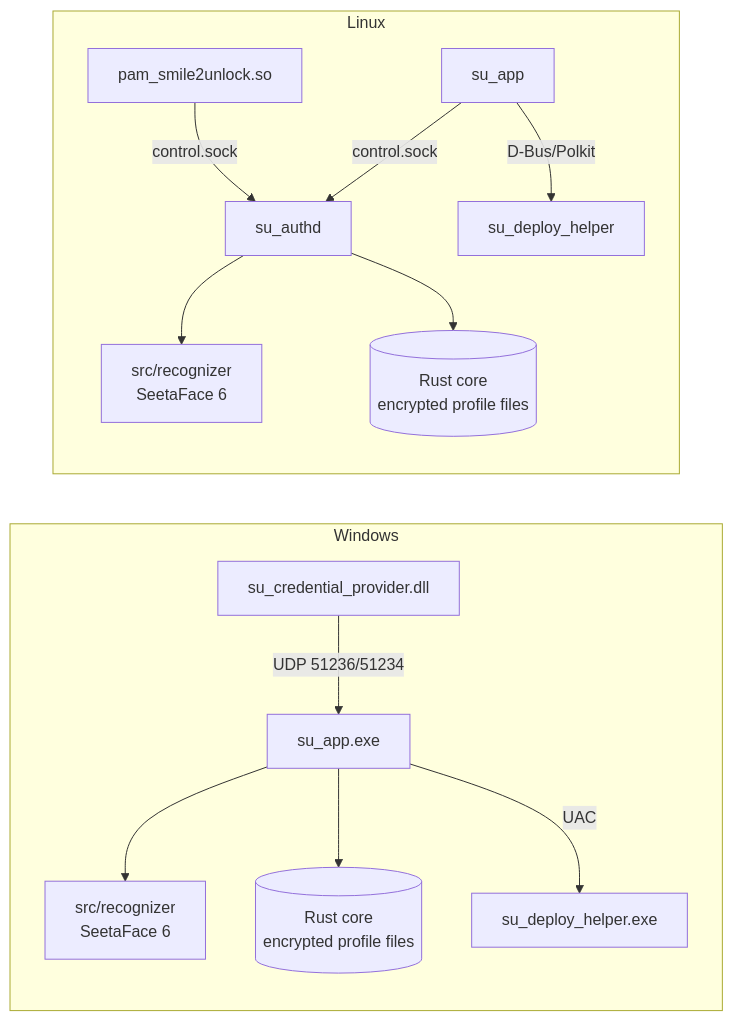
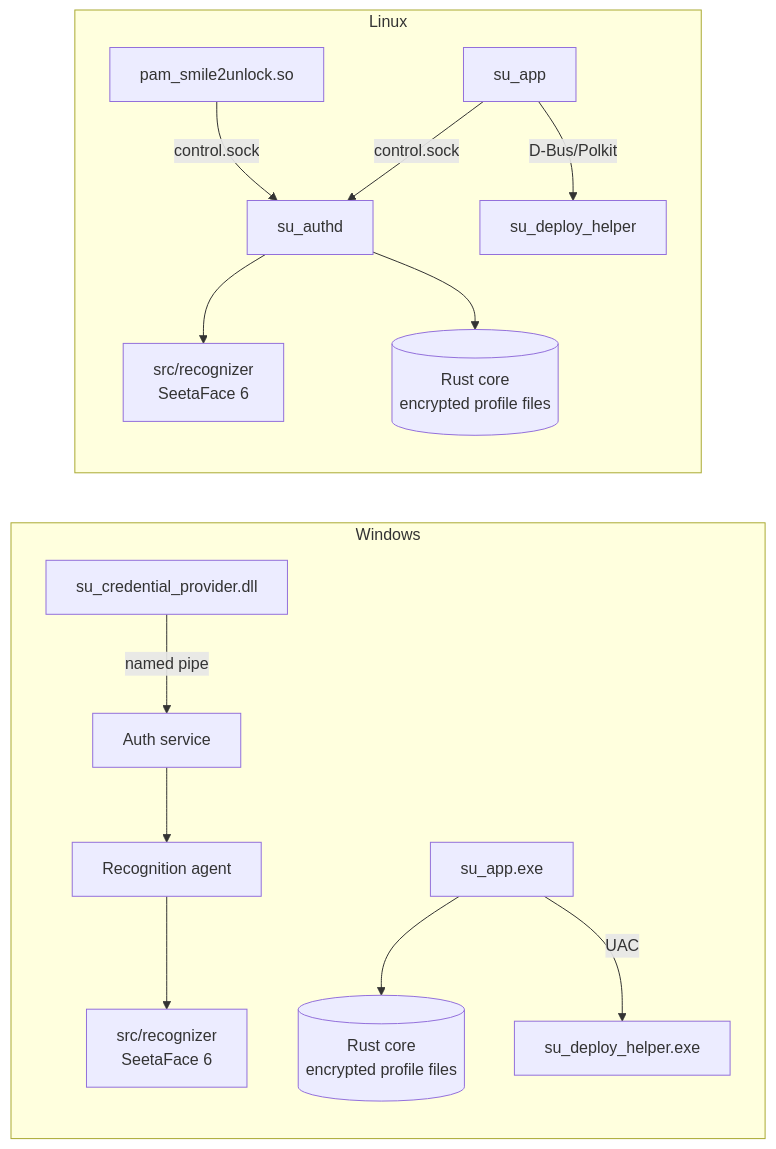
Before and after one commit to Smile2Unlock/Smile2Unlock_v2: the diagram in README.md, drawn with Mermaid. The commit also changed other lines of this file and 71 other files, not shown here.

````diff
--- a/README.md
+++ b/README.md
@@ -96,16 +106,17 @@
 ```mermaid
 flowchart LR
     subgraph Windows
-        CP[su_credential_provider.dll] -- UDP 51236/51234 --> APP[su_app.exe]
-        APP --> REC[src/recognizer<br/>SeetaFace 6]
-        APP --> CORE[(Rust core<br/>encrypted profile files)]
-        APP -- UAC --> HELPER[su_deploy_helper.exe]
+        CP[su_credential_provider.dll] -- named pipe --> SERVICE[Auth service]
+        SERVICE --> AGENT[Recognition agent]
+        AGENT --> REC[src/recognizer<br/>SeetaFace 6]
+        GUIW[su_app.exe] --> CORE[(Rust core<br/>encrypted profile files)]
+        GUIW -- UAC --> HELPER[su_deploy_helper.exe]
     end
     subgraph Linux
         PAM[pam_smile2unlock.so] -- control.sock --> AUTHD[su_authd]
         AUTHD --> REC2[src/recognizer<br/>SeetaFace 6]
         AUTHD --> CORE2[(Rust core<br/>encrypted profile files)]
         GUI[su_app] -- control.sock --> AUTHD
         GUI -- D-Bus/Polkit --> HELPER2[su_deploy_helper]
     end
 ```
````
